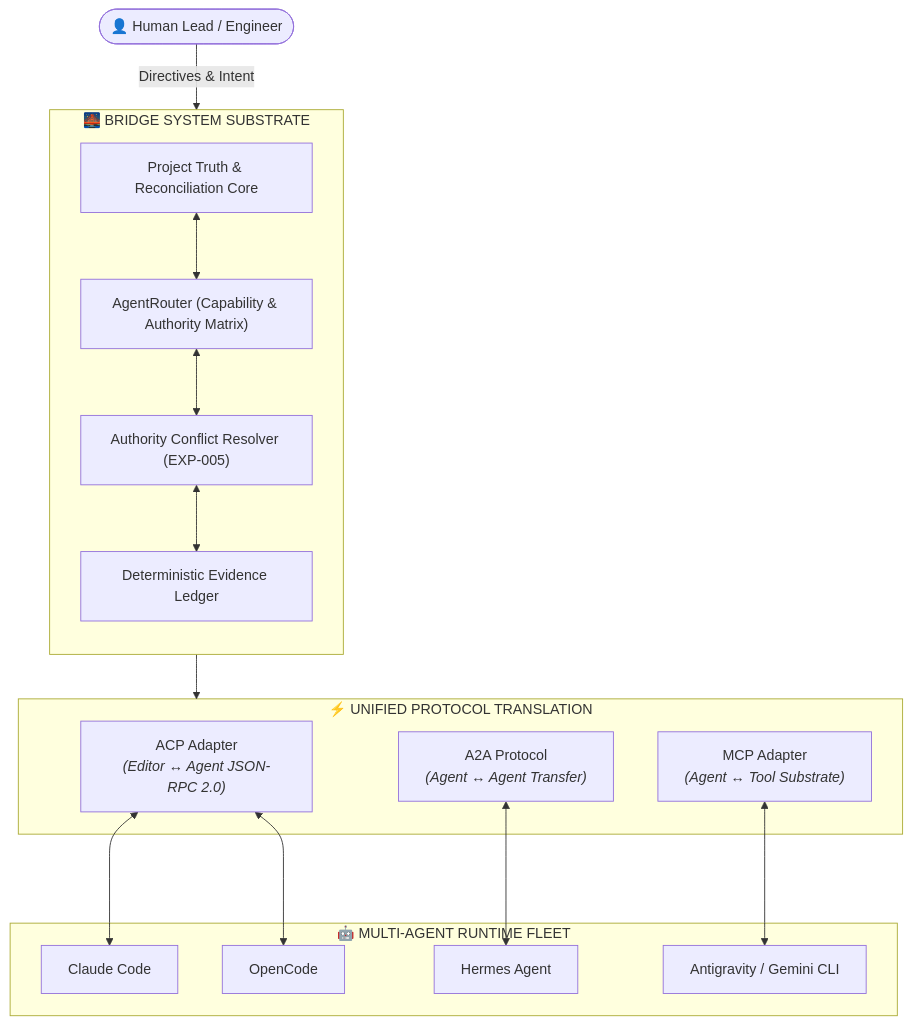
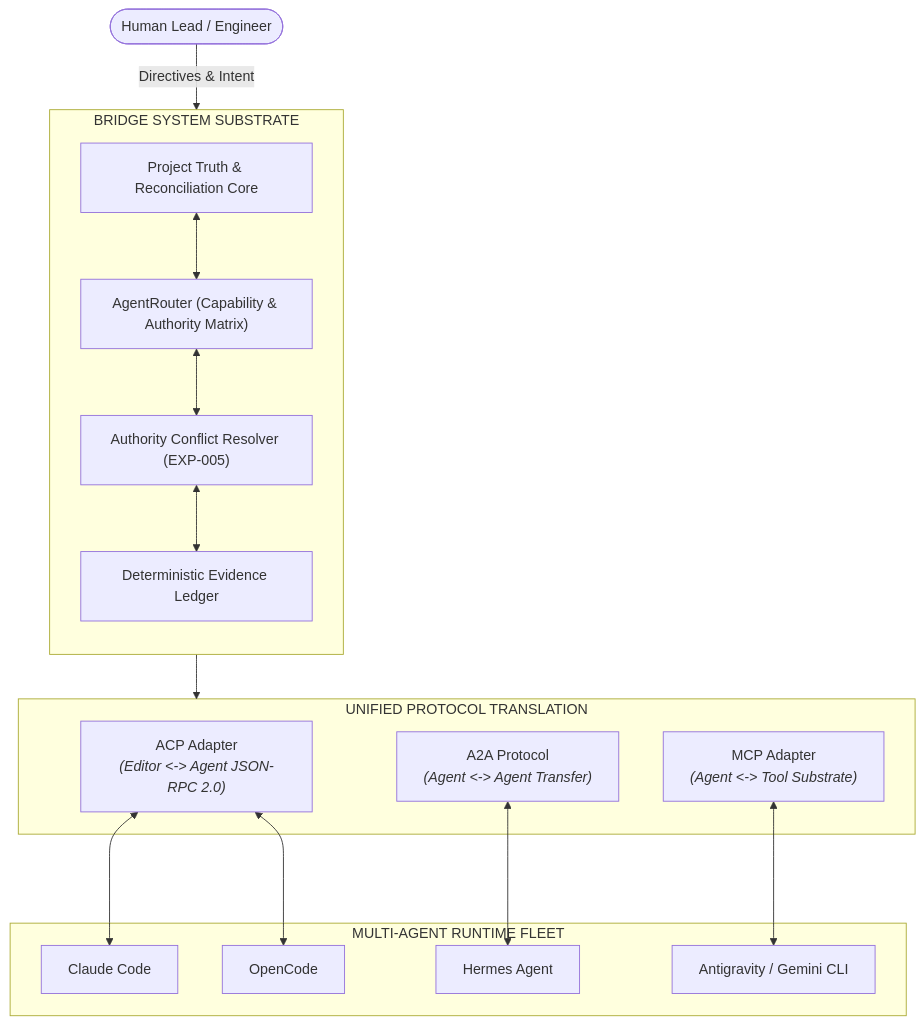
The diagram in README.md (aryankori/bridge), drawn with Mermaid before and after one commit. The commit also changed other lines of this file and 161 other files, not shown here.

````diff
--- a/README.md
+++ b/README.md
@@ -32,35 +32,35 @@
 ```mermaid
 graph TD
-    User([👤 Human Lead / Engineer]) -->|Directives & Intent| BridgeCore
+ User([Human Lead / Engineer]) -->|Directives & Intent| BridgeCore
 
-    subgraph BridgeCore["🌉 BRIDGE SYSTEM SUBSTRATE"]
-        direction TB
-        Truth["Project Truth & Reconciliation Core"]
-        Router["AgentRouter (Capability & Authority Matrix)"]
-        Resolver["Authority Conflict Resolver (EXP-005)"]
-        Ledger["Deterministic Evidence Ledger"]
-        Truth <--> Router
-        Router <--> Resolver
-        Resolver <--> Ledger
-    end
+ subgraph BridgeCore["BRIDGE SYSTEM SUBSTRATE"]
+ direction TB
+ Truth["Project Truth & Reconciliation Core"]
+ Router["AgentRouter (Capability & Authority Matrix)"]
+ Resolver["Authority Conflict Resolver (EXP-005)"]
+ Ledger["Deterministic Evidence Ledger"]
+ Truth <--> Router
+ Router <--> Resolver
+ Resolver <--> Ledger
+ end
 
-    subgraph ProtocolLayer["⚡ UNIFIED PROTOCOL TRANSLATION"]
-        ACP["ACP Adapter<br/><i>(Editor ↔ Agent JSON-RPC 2.0)</i>"]
-        MCP["MCP Adapter<br/><i>(Agent ↔ Tool Substrate)</i>"]
-        A2A["A2A Protocol<br/><i>(Agent ↔ Agent Transfer)</i>"]
-    end
+ subgraph ProtocolLayer["UNIFIED PROTOCOL TRANSLATION"]
+ ACP["ACP Adapter<br/><i>(Editor <-> Agent JSON-RPC 2.0)</i>"]
+ MCP["MCP Adapter<br/><i>(Agent <-> Tool Substrate)</i>"]
+ A2A["A2A Protocol<br/><i>(Agent <-> Agent Transfer)</i>"]
+ end
 
-    BridgeCore --> ProtocolLayer
+ BridgeCore --> ProtocolLayer
 
-    subgraph AgentFleet["🤖 MULTI-AGENT RUNTIME FLEET"]
-        Claude["Claude Code"]
-        OpenCode["OpenCode"]
-        Hermes["Hermes Agent"]
-        Antigravity["Antigravity / Gemini CLI"]
-    end
+ subgraph AgentFleet["MULTI-AGENT RUNTIME FLEET"]
+ Claude["Claude Code"]
+ OpenCode["OpenCode"]
+ Hermes["Hermes Agent"]
+ Antigravity["Antigravity / Gemini CLI"]
+ end
 
-    ACP <---> Claude
-    ACP <---> OpenCode
-    A2A <---> Hermes
-    MCP <---> Antigravity
+ ACP <---> Claude
+ ACP <---> OpenCode
+ A2A <---> Hermes
+ MCP <---> Antigravity
 ```
````
